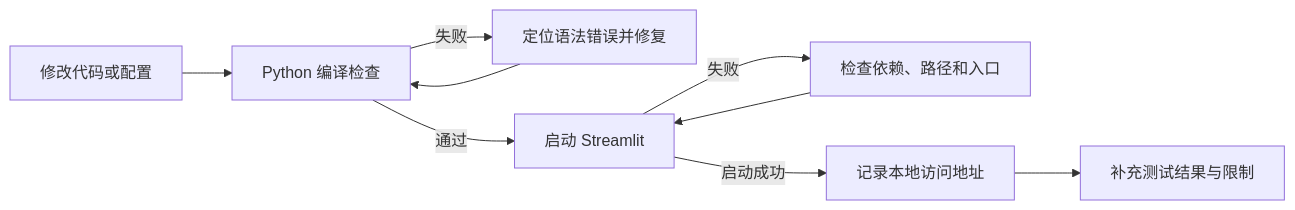
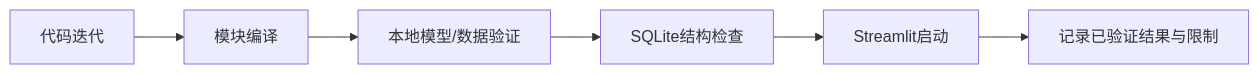
Before and after one commit to shyzwh/ecg-auxiliary-screening: the diagram in docs/创作过程资料.md, drawn with Mermaid. The commit also changed other lines of this file and 7 other files, not shown here.

````diff
--- a/docs/创作过程资料.md
+++ b/docs/创作过程资料.md
@@ -122,11 +110,8 @@
 ```mermaid
 flowchart LR
-    A[修改代码或配置] --> B[Python 编译检查]
-    B -- 失败 --> C[定位语法错误并修复]
-    C --> B
-    B -- 通过 --> D[启动 Streamlit]
-    D -- 失败 --> E[检查依赖、路径和入口]
-    E --> D
-    D -- 启动成功 --> F[记录本地访问地址]
-    F --> G[补充测试结果与限制]
+    A[代码迭代] --> B[模块编译]
+    B --> C[本地模型/数据验证]
+    C --> D[SQLite结构检查]
+    D --> E[Streamlit启动]
+    E --> F[记录已验证结果与限制]
 ```
````
